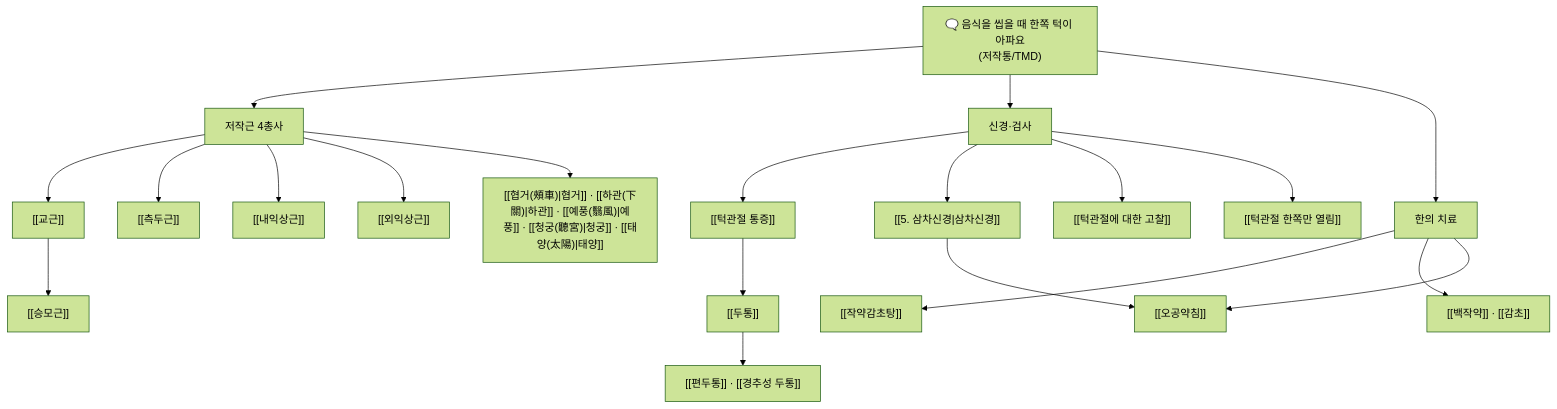
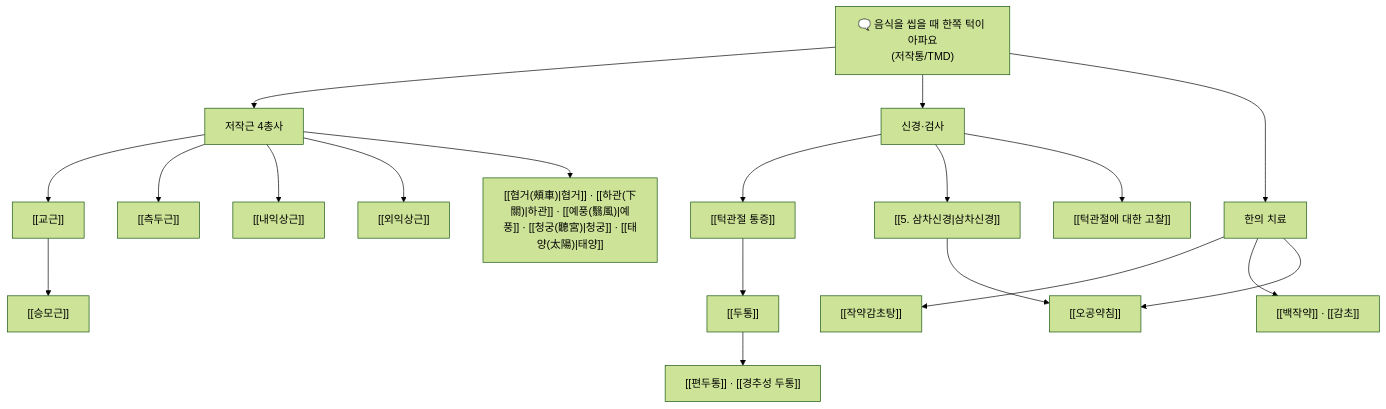
The diagram in content/보고서/Clinical_Master_Dive/01_음식을 씹을 때 한쪽 턱이 아파요_저작통_TMD.md (simbio11/simbio-digital-garden2), drawn with Mermaid (forest theme) before and after one commit. The commit also changed other lines of this file and 124 other files, not shown here.

````diff
--- a/content/보고서/Clinical_Master_Dive/01_음식을 씹을 때 한쪽 턱이 아파요_저작통_TMD.md
+++ b/content/보고서/Clinical_Master_Dive/01_음식을 씹을 때 한쪽 턱이 아파요_저작통_TMD.md
@@ -206,13 +206,13 @@
 ```mermaid
 graph TD
     Dive["🗨️ 음식을 씹을 때 한쪽 턱이 아파요<br>(저작통/TMD)"] --> M["저작근 4총사"]
     Dive --> N["신경·검사"]
     Dive --> H["한의 치료"]
     M --> 교근["[[교근]]"] & 측두근["[[측두근]]"] & 내익["[[내익상근]]"] & 외익["[[외익상근]]"]
-    N --> 질환["[[턱관절 통증]]"] & 삼차["[[5. 삼차신경|삼차신경]]"] & 강의["[[턱관절에 대한 고찰]]"] & 케이스["[[턱관절 한쪽만 열림]]"]
+    N --> 질환["[[턱관절 통증]]"] & 삼차["[[5. 삼차신경|삼차신경]]"] & 강의["[[턱관절에 대한 고찰]]"]
     H --> 처방["[[작약감초탕]]"] & 본초["[[백작약]] · [[감초]]"] & 약침["[[오공약침]]"]
     질환 --> 두통["[[두통]]"] --> 편두통["[[편두통]] · [[경추성 두통]]"]
     삼차 --> 약침
     교근 --> 승모["[[승모근]]"]
     M --> 경혈["[[협거(頰車)|협거]] · [[하관(下關)|하관]] · [[예풍(翳風)|예풍]] · [[청궁(聽宮)|청궁]] · [[태양(太陽)|태양]]"]
 ```
````
